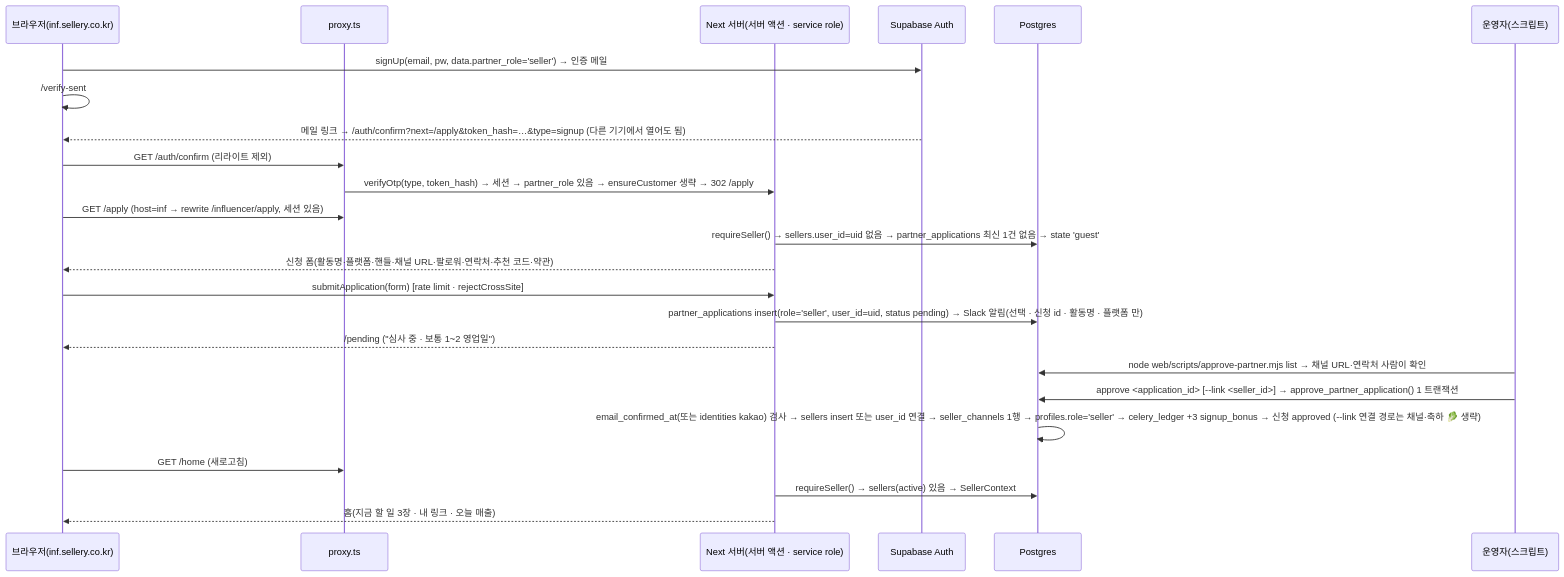
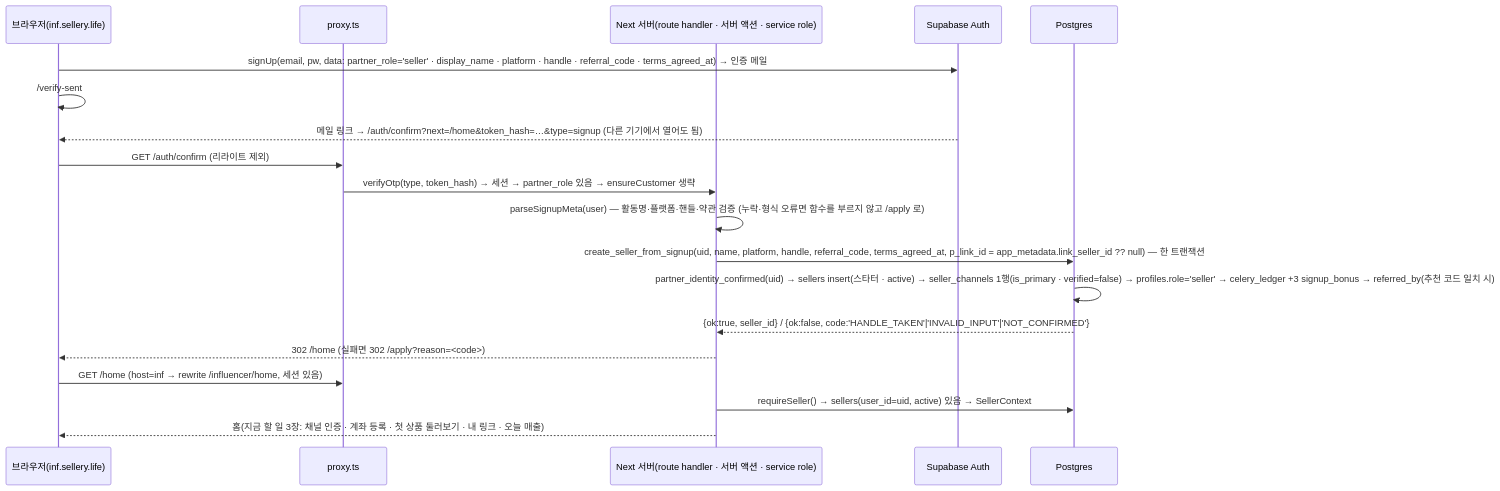
One commit to weglow-dev/sellery changed the diagram in docs/inf-console-plan.md. Above: the diagram before and after it, drawn with Mermaid. The commit also changed other lines of this file and 27 other files, not shown here.

Commit message:
인플루언서 콘솔 1단계: 호스트 분리 골격 — inf.sellery.life 리라이트 프록시 · 고객 라우트 (customer) 그룹 이동 · 콘솔 셸/로그인 자리표시 · robots/health/signout 호스트 분기 · 설계서에 확정 결정 반영

````diff
--- a/docs/inf-console-plan.md
+++ b/docs/inf-console-plan.md
@@ -233,26 +238,21 @@
 ```mermaid
 sequenceDiagram
-  participant B as 브라우저(inf.sellery.co.kr)
+  participant B as 브라우저(inf.sellery.life)
   participant P as proxy.ts
-  participant S as Next 서버(서버 액션 · service role)
+  participant S as Next 서버(route handler · 서버 액션 · service role)
   participant A as Supabase Auth
   participant DB as Postgres
-  participant OP as 운영자(스크립트)
-  B->>A: signUp(email, pw, data.partner_role='seller')  → 인증 메일
+  B->>A: signUp(email, pw, data: partner_role='seller' · display_name · platform · handle · referral_code · terms_agreed_at)  → 인증 메일
   B->>B: /verify-sent
-  A-->>B: 메일 링크 → /auth/confirm?next=/apply&token_hash=…&type=signup (다른 기기에서 열어도 됨)
+  A-->>B: 메일 링크 → /auth/confirm?next=/home&token_hash=…&type=signup (다른 기기에서 열어도 됨)
   B->>P: GET /auth/confirm (리라이트 제외)
-  P->>S: verifyOtp(type, token_hash) → 세션 → partner_role 있음 → ensureCustomer 생략 → 302 /apply
-  B->>P: GET /apply (host=inf → rewrite /influencer/apply, 세션 있음)
-  S->>DB: requireSeller() → sellers.user_id=uid 없음 → partner_applications 최신 1건 없음 → state 'guest'
-  S-->>B: 신청 폼(활동명·플랫폼·핸들·채널 URL·팔로워·연락처·추천 코드·약관)
-  B->>S: submitApplication(form)  [rate limit · rejectCrossSite]
-  S->>DB: partner_applications insert(role='seller', user_id=uid, status pending)  → Slack 알림(선택 · 신청 id · 활동명 · 플랫폼 만)
-  S-->>B: /pending ("심사 중 · 보통 1~2 영업일")
-  OP->>DB: node web/scripts/approve-partner.mjs list → 채널 URL·연락처 사람이 확인
-  OP->>DB: approve <application_id> [--link <seller_id>]  → approve_partner_application() 1 트랜잭션
-  DB->>DB: email_confirmed_at(또는 identities kakao) 검사 → sellers insert 또는 user_id 연결 → seller_channels 1행 → profiles.role='seller' → celery_ledger +3 signup_bonus → 신청 approved (--link 연결 경로는 채널·축하 🥬 생략)
-  B->>P: GET /home (새로고침)
-  S->>DB: requireSeller() → sellers(active) 있음 → SellerContext
-  S-->>B: 홈(지금 할 일 3장 · 내 링크 · 오늘 매출)
+  P->>S: verifyOtp(type, token_hash) → 세션 → partner_role 있음 → ensureCustomer 생략
+  S->>S: parseSignupMeta(user) — 활동명·플랫폼·핸들·약관 검증 (누락·형식 오류면 함수를 부르지 않고 /apply 로)
+  S->>DB: create_seller_from_signup(uid, name, platform, handle, referral_code, terms_agreed_at, p_link_id = app_metadata.link_seller_id ?? null) — 한 트랜잭션
+  DB->>DB: partner_identity_confirmed(uid) → sellers insert(스타터 · active) → seller_channels 1행(is_primary · verified=false) → profiles.role='seller' → celery_ledger +3 signup_bonus → referred_by(추천 코드 일치 시)
+  DB-->>S: {ok:true, seller_id} / {ok:false, code:'HANDLE_TAKEN'|'INVALID_INPUT'|'NOT_CONFIRMED'}
+  S-->>B: 302 /home (실패면 302 /apply?reason=<code>)
+  B->>P: GET /home (host=inf → rewrite /influencer/home, 세션 있음)
+  S->>DB: requireSeller() → sellers(user_id=uid, active) 있음 → SellerContext
+  S-->>B: 홈(지금 할 일 3장: 채널 인증 · 계좌 등록 · 첫 상품 둘러보기 · 내 링크 · 오늘 매출)
 ```
````
